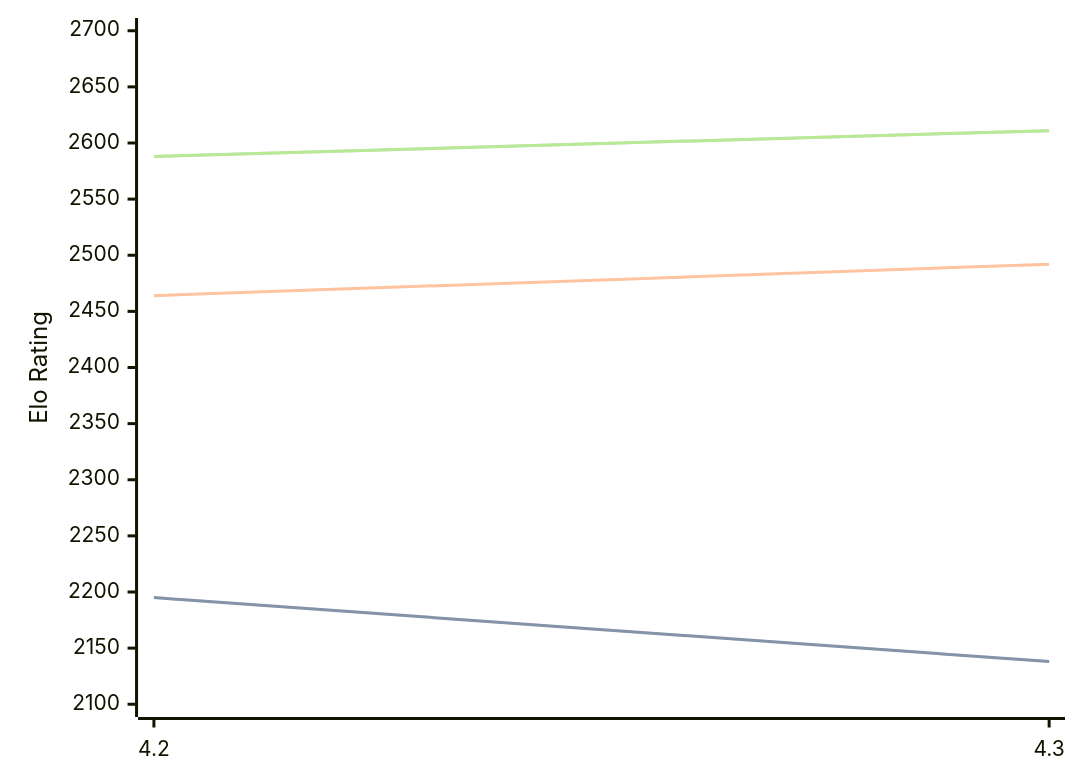
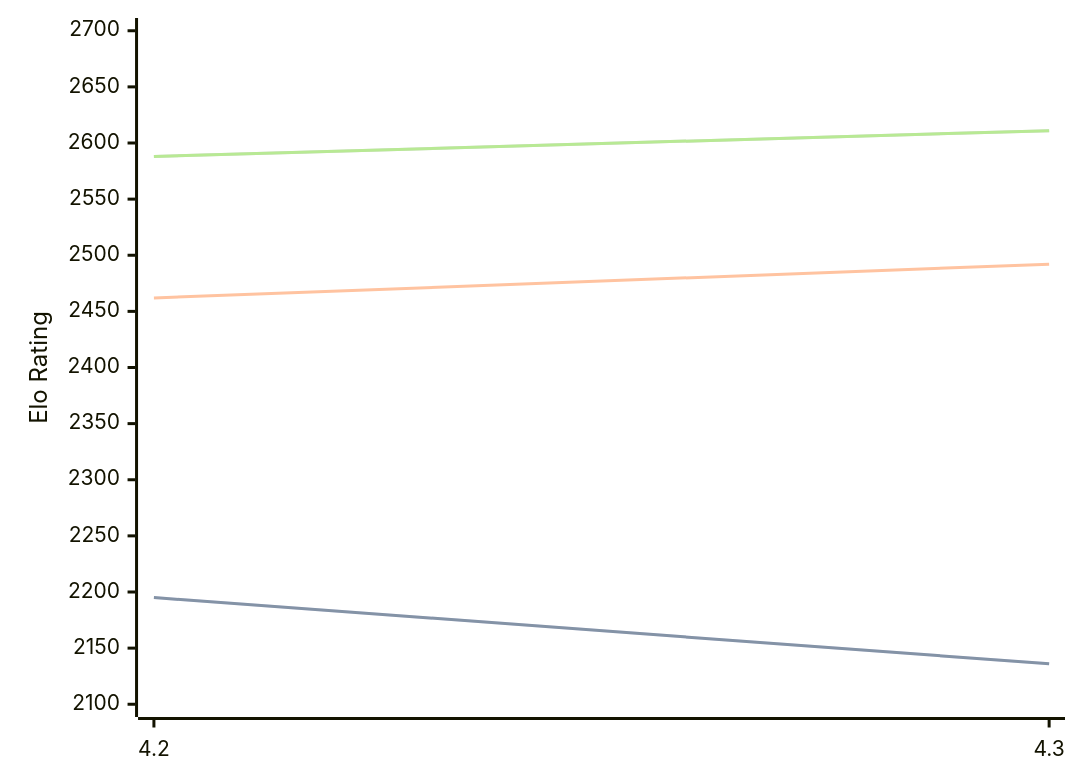
Before and after one commit to computer-chess-index/cci: the diagram in engines/Eubos.md, drawn with Mermaid. The commit also changed other lines of this file, not shown here.

Commit message:
Update CCI Ratings (ELO VLTC) - 2026-04-28

````diff
--- a/engines/Eubos.md
+++ b/engines/Eubos.md
@@ -88,11 +88,11 @@
 ```mermaid
 %%{init: {"theme":"base","themeVariables":{"seriesColors:['#a3a3a3','#222221','#faa371']}}}%%
 xychart-beta
   x-axis ["4.2", "4.3"]
   y-axis "Elo Rating" 2100 --> 2700
-  line "STC (8.0+0.08s)" [2195, 2138]
-  line "STC (8.0+0.08s)" [2195, 2138]
-  line "LTC (60.0+0.60s)" [2464, 2492]
+  line "STC (8.0+0.08s)" [2195, 2136]
+  line "STC (8.0+0.08s)" [2195, 2136]
+  line "LTC (60.0+0.60s)" [2462, 2492]
   line "VLTC (2m24s+1.12s)" [2588, 2611]
   line "VLTC (2m24s+1.12s)" [2588, 2611]
 ```
````
